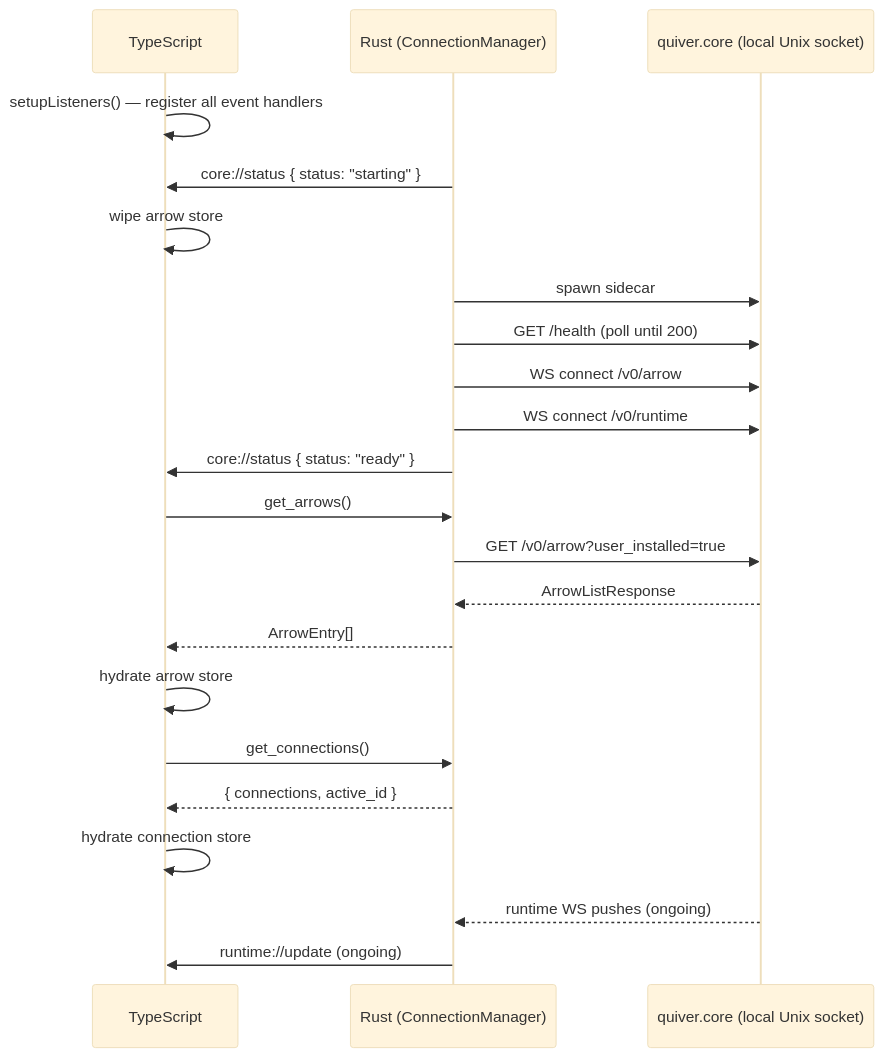
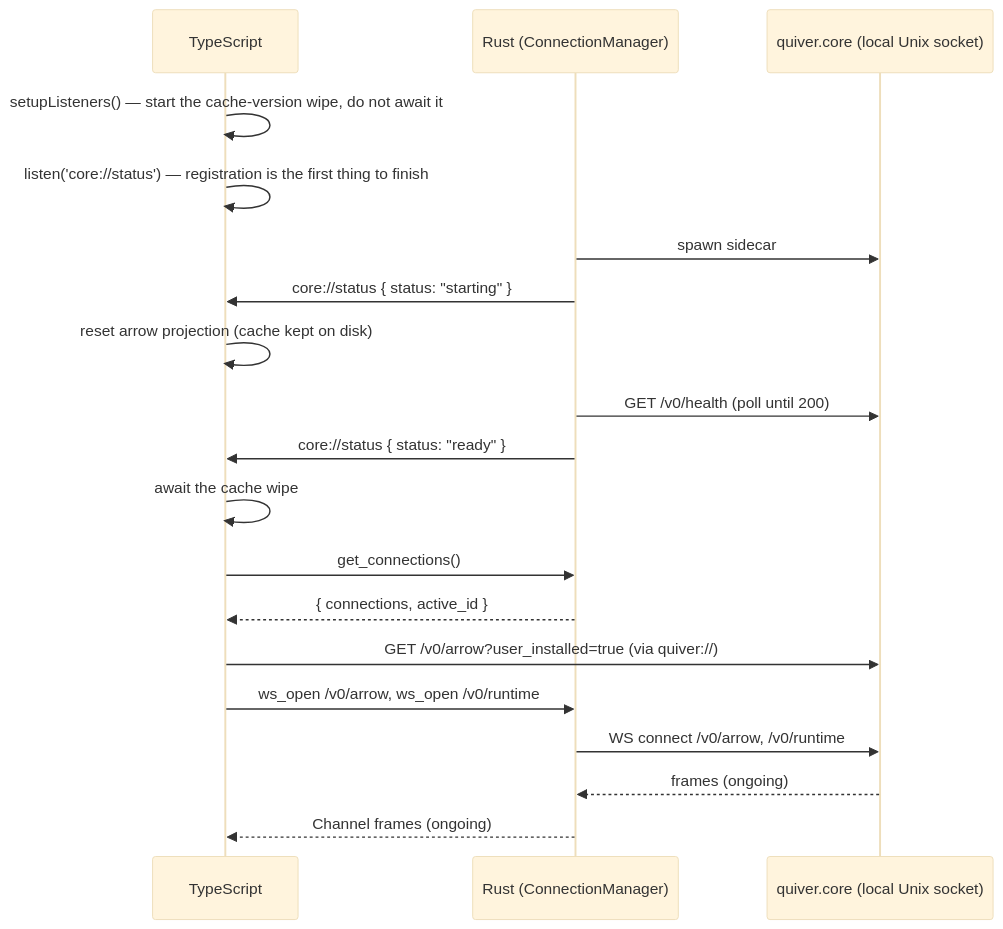
One commit to rabbytesoftware/quiver.desktop changed the second of 2 diagrams in docs/spec/ipc-bridge.md. Above: the diagram before and after it, drawn with Mermaid (base theme). The commit also changed other lines of this file and 126 other files, not shown here.

Commit message:
feat(data-layer): replace command-per-endpoint with quiver:// proxy, generic WS bridge and a connection-partitioned cache (#14)

````diff
--- a/docs/spec/ipc-bridge.md
+++ b/docs/spec/ipc-bridge.md
@@ -407,25 +347,22 @@
 ```mermaid
 sequenceDiagram
     participant TS as TypeScript
     participant Rust as Rust (ConnectionManager)
     participant Core as quiver.core (local Unix socket)
 
-    TS->>TS: setupListeners() — register all event handlers
+    TS->>TS: setupListeners() — start the cache-version wipe, do not await it
+    TS->>TS: listen('core://status') — registration is the first thing to finish
+    Rust->>Core: spawn sidecar
     Rust->>TS: core://status { status: "starting" }
-    TS->>TS: wipe arrow store
-    Rust->>Core: spawn sidecar
-    Rust->>Core: GET /health (poll until 200)
-    Rust->>Core: WS connect /v0/arrow
-    Rust->>Core: WS connect /v0/runtime
+    TS->>TS: reset arrow projection (cache kept on disk)
+    Rust->>Core: GET /v0/health (poll until 200)
     Rust->>TS: core://status { status: "ready" }
-    TS->>Rust: get_arrows()
-    Rust->>Core: GET /v0/arrow?user_installed=true
-    Core-->>Rust: ArrowListResponse
-    Rust-->>TS: ArrowEntry[]
-    TS->>TS: hydrate arrow store
+    TS->>TS: await the cache wipe
     TS->>Rust: get_connections()
     Rust-->>TS: { connections, active_id }
-    TS->>TS: hydrate connection store
-    Core-->>Rust: runtime WS pushes (ongoing)
-    Rust->>TS: runtime://update (ongoing)
+    TS->>Core: GET /v0/arrow?user_installed=true (via quiver://)
+    TS->>Rust: ws_open /v0/arrow, ws_open /v0/runtime
+    Rust->>Core: WS connect /v0/arrow, /v0/runtime
+    Core-->>Rust: frames (ongoing)
+    Rust-->>TS: Channel frames (ongoing)
 ```
````
